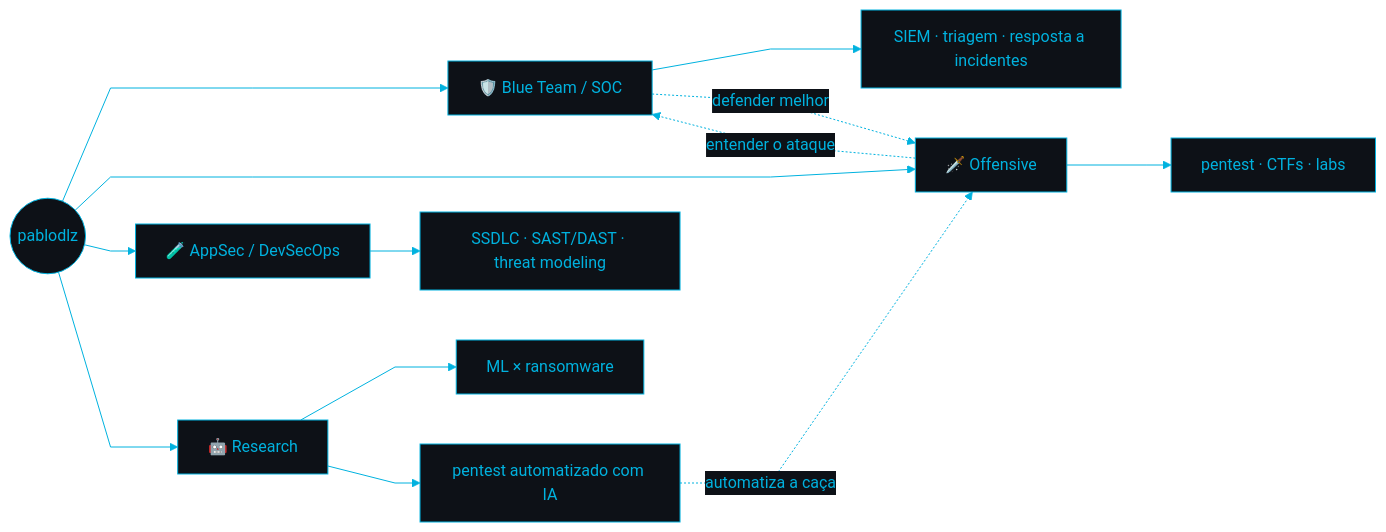
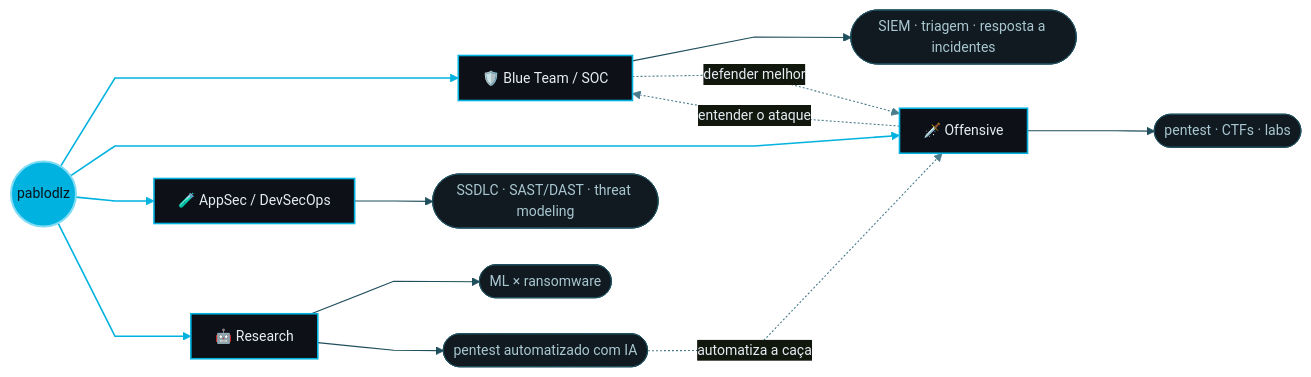
The diagram in README.md (pablodlz/pablodlz), drawn with Mermaid before and after one commit. The commit also changed other lines of this file, not shown here.

Commit message:
readme: roadmap com hierarquia visual, stack do omni-pentest, caixa baixa
Roadmap: três níveis agora se distinguem — núcleo em ciano sólido, pilares
com borda de destaque, folhas em tom apagado. Arestas em três pesos (tronco,
ramo, feedback pontilhado), espaçamento maior e fonte declarada.

Stack: derivada das dependências reais do omni-pentest (pyproject.toml e o
console em Node), não de chute. Nova subseção IA & Automação com Claude, MCP,
Gemini, Pydantic e NumPy; GraphQL entra em Offensive; pytest, Ruff e Node.js
em Linguagens. Todo logo foi verificado individualmente contra o shields.io
antes de entrar — nenhum badge sem ícone.

Fora: mypy, Z3, ChromaDB e Tree-sitter, que não têm ícone no simple-icons.
Estão descritos no texto do omni-pentest.

````diff
--- a/README.md
+++ b/README.md
@@ -69,16 +69,44 @@
 ```mermaid
-%%{init: {'theme':'base','themeVariables':{'primaryColor':'#0d1117','primaryTextColor':'#00B2DF','primaryBorderColor':'#00B2DF','lineColor':'#00B2DF','secondaryColor':'#0d1117','tertiaryColor':'#0d1117','fontFamily':'monospace'},'flowchart':{'curve':'linear'}}}%%
+%%{init: {
+  'theme':'base',
+  'themeVariables': {
+    'fontFamily':'ui-monospace, SFMono-Regular, Menlo, monospace',
+    'fontSize':'14px',
+    'primaryColor':'#0d1117',
+    'primaryTextColor':'#e6edf3',
+    'primaryBorderColor':'#00B2DF',
+    'lineColor':'#2f6f7f',
+    'tertiaryColor':'#0d1117'
+  },
+  'flowchart': {'curve':'linear','nodeSpacing':36,'rankSpacing':78,'padding':12}
+}}%%
 flowchart LR
-  P(("pablodlz")) --> B["🛡️ Blue Team / SOC"]
+  P(("pablodlz"))
+
+  P --> B["🛡️ Blue Team / SOC"]
   P --> R["🗡️ Offensive"]
   P --> A["🧪 AppSec / DevSecOps"]
   P --> M["🤖 Research"]
-  B --> B1["SIEM · triagem · resposta a incidentes"]
-  R --> R1["pentest · CTFs · labs"]
-  A --> A1["SSDLC · SAST/DAST · threat modeling"]
-  M --> M1["ML × ransomware"]
-  M --> M2["pentest automatizado com IA"]
+
+  B --> B1(["SIEM · triagem · resposta a incidentes"])
+  R --> R1(["pentest · CTFs · labs"])
+  A --> A1(["SSDLC · SAST/DAST · threat modeling"])
+  M --> M1(["ML × ransomware"])
+  M --> M2(["pentest automatizado com IA"])
+
   R -. "entender o ataque" .-> B
   B -. "defender melhor" .-> R
   M2 -. "automatiza a caça" .-> R
+
+  classDef core   fill:#00B2DF,stroke:#7fdcf5,stroke-width:2px,color:#04141a
+  classDef pillar fill:#0d1117,stroke:#00B2DF,stroke-width:1.6px,color:#e6edf3
+  classDef leaf   fill:#111a20,stroke:#1f4e5c,stroke-width:1px,color:#a9c7d1
+
+  class P core
+  class B,R,A,M pillar
+  class B1,R1,A1,M1,M2 leaf
+
+  linkStyle 0,1,2,3 stroke:#00B2DF,stroke-width:1.6px
+  linkStyle 4,5,6,7,8 stroke:#1f4e5c,stroke-width:1.2px
+  linkStyle 9,10,11 stroke:#4a7c8c,stroke-width:1.1px
 ```
````
